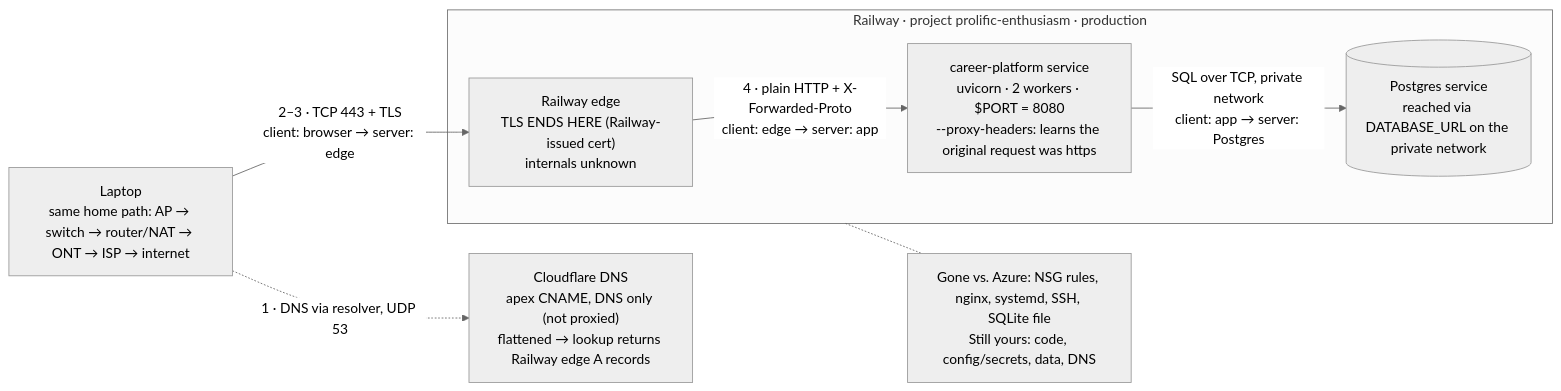
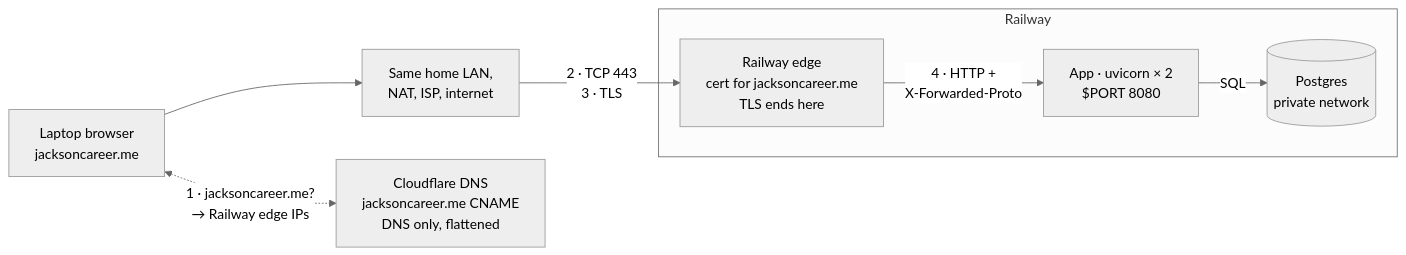
The second of 2 diagrams in docs/request-path.md (jacksonddorr-dev/career-platform), drawn with Mermaid (neutral theme) before and after one commit. The commit also changed other lines of this file, not shown here.

Commit message:
Simplify request path diagrams and read them left to right

````diff
--- a/docs/request-path.md
+++ b/docs/request-path.md
@@ -58,19 +45,15 @@
 ```mermaid
 flowchart LR
-  LAP2["Laptop<br/>same home path: AP → switch → router/NAT → ONT → ISP → internet"]
-  CF2["Cloudflare DNS<br/>apex CNAME, DNS only (not proxied)<br/>flattened → lookup returns Railway edge A records"]
+  LAP["Laptop browser<br/>jacksoncareer.me"]
+  PATH["Same home LAN,<br/>NAT, ISP, internet"]
+  CF["Cloudflare DNS<br/>jacksoncareer.me CNAME<br/>DNS only, flattened"]
 
-  subgraph RW["Railway · project prolific-enthusiasm · production"]
-    EDGE["Railway edge<br/>TLS ENDS HERE (Railway-issued cert)<br/>internals unknown"]
-    APP["career-platform service<br/>uvicorn · 2 workers · $PORT = 8080<br/>--proxy-headers: learns the original request was https"]
-    PG[("Postgres service<br/>reached via DATABASE_URL on the private network")]
+  subgraph RW["Railway"]
+    EDGE["Railway edge<br/>cert for jacksoncareer.me<br/>TLS ends here"]
+    APP["App · uvicorn × 2<br/>$PORT 8080"]
+    PG[("Postgres<br/>private network")]
   end
 
-  GONE["Gone vs. Azure: NSG rules, nginx, systemd, SSH, SQLite file<br/>Still yours: code, config/secrets, data, DNS"]
-
-  LAP2 -. "1 · DNS via resolver, UDP 53" .-> CF2
-  LAP2 -- "2–3 · TCP 443 + TLS<br/>client: browser → server: edge" --> EDGE
-  EDGE -- "4 · plain HTTP + X-Forwarded-Proto<br/>client: edge → server: app" --> APP
-  APP -- "SQL over TCP, private network<br/>client: app → server: Postgres" --> PG
-  RW -.- GONE
+  LAP <-. "1 · jacksoncareer.me?<br/>→ Railway edge IPs" .-> CF
+  LAP --> PATH -- "2 · TCP 443<br/>3 · TLS" --> EDGE -- "4 · HTTP +<br/>X-Forwarded-Proto" --> APP -- SQL --> PG
 ```
````
